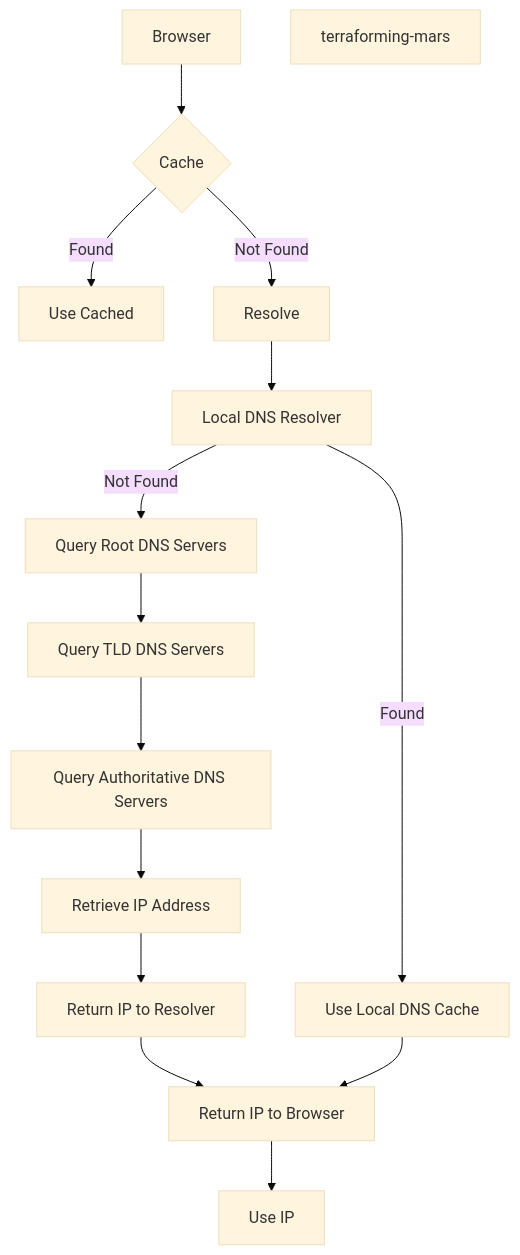
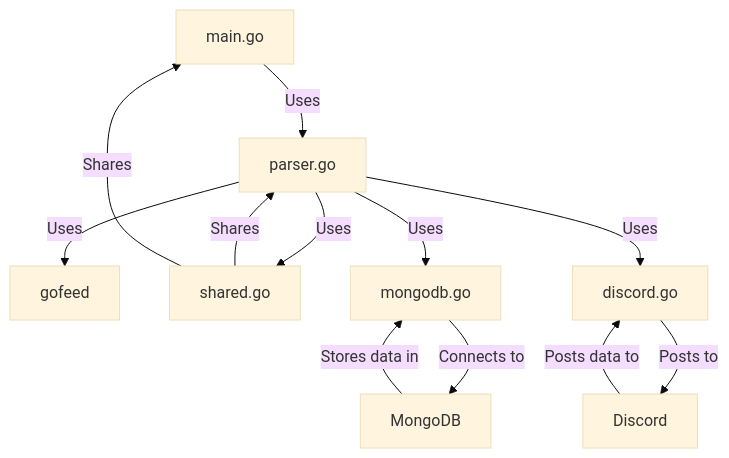
The diagram in README.md (josh-allan/go_fish), drawn with Mermaid (base theme) before and after one commit. The commit also changed 3 other files, not shown here.

Commit message:
change parser to take a pointer for the search terms, move terms to shared.go

````diff
--- a/README.md
+++ b/README.md
@@ -1,16 +1,14 @@
 ```mermaid
 graph TD;
-    A[Browser] --> B{Cache};
-    B -->|Found| C[Use Cached];
-    B -->|Not Found| D[Resolve];
-    D --> E[Local DNS Resolver];
-    E -->|Found| F[Use Local DNS Cache];
-    E -->|Not Found| G[Query Root DNS Servers];
-    G --> H[Query TLD DNS Servers];
-    H --> I[Query Authoritative DNS Servers];
-    I --> J[Retrieve IP Address];
-    J --> K[Return IP to Resolver];
-    K --> L[Return IP to Browser];
-    F --> L;
-    L --> M[Use IP]; terraforming-mars
+    A[main.go] -->|Uses| B[parser.go]
+    B -->|Uses| C[gofeed]
+    B -->|Uses| D[shared.go]
+    B -->|Uses| E[mongodb.go]
+    B -->|Uses| F[discord.go]
+    D -->|Shares| B
+    D -->|Shares| A
+    E -->|Connects to| G[MongoDB]
+    F -->|Posts to| H[Discord]
+    G -->|Stores data in| E
+    H -->|Posts data to| F
 ```
````
